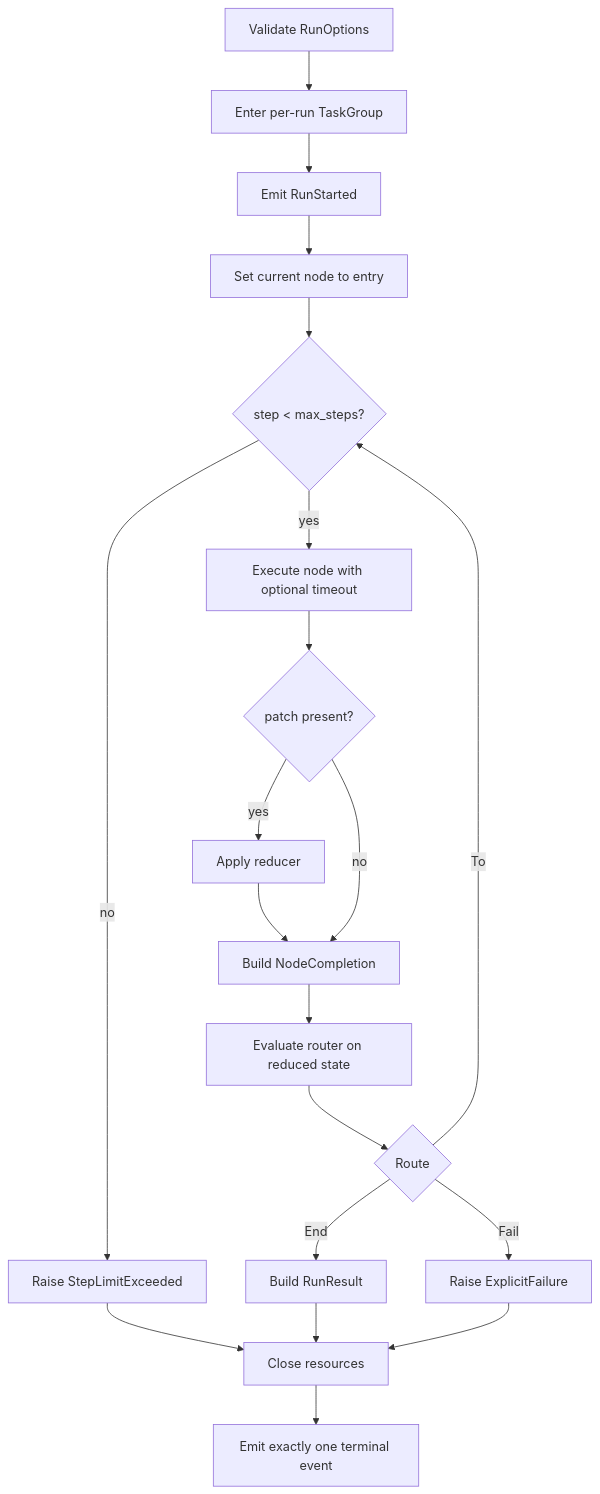
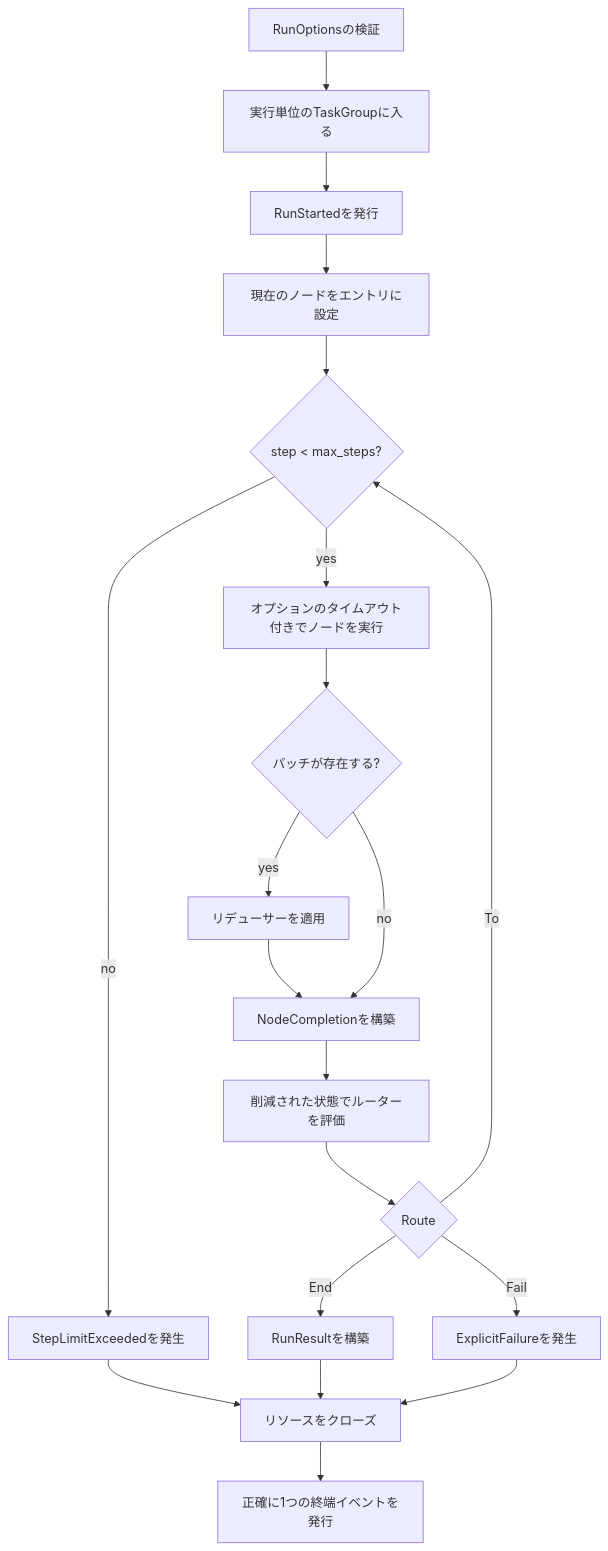
The second of 2 diagrams in mbt/package/moon-agent-graph/docs/implementation-plan.ja.md (totto2727-org/monorepo), drawn with Mermaid before and after one commit. The commit also changed other lines of this file and 11 other files, not shown here.

Commit message:
docs(moon-agent-graph): finalize runtime guide

````diff
--- a/mbt/package/moon-agent-graph/docs/implementation-plan.ja.md
+++ b/mbt/package/moon-agent-graph/docs/implementation-plan.ja.md
@@ -233,22 +242,22 @@
 ```mermaid
 flowchart TD
-  Start["Validate RunOptions"] --> Group["Enter per-run TaskGroup"]
-  Group --> EmitStart["Emit RunStarted"]
-  EmitStart --> Load["Set current node to entry"]
+  Start["RunOptionsの検証"] --> Group["実行単位のTaskGroupに入る"]
+  Group --> EmitStart["RunStartedを発行"]
+  EmitStart --> Load["現在のノードをエントリに設定"]
   Load --> Limit{"step < max_steps?"}
-  Limit -->|"no"| StepError["Raise StepLimitExceeded"]
-  Limit -->|"yes"| Execute["Execute node with optional timeout"]
-  Execute --> Patch{"patch present?"}
-  Patch -->|"yes"| Reduce["Apply reducer"]
-  Patch -->|"no"| Complete["Build NodeCompletion"]
+  Limit -->|"no"| StepError["StepLimitExceededを発生"]
+  Limit -->|"yes"| Execute["オプションのタイムアウト付きでノードを実行"]
+  Execute --> Patch{"パッチが存在する?"}
+  Patch -->|"yes"| Reduce["リデューサーを適用"]
+  Patch -->|"no"| Complete["NodeCompletionを構築"]
   Reduce --> Complete
-  Complete --> Route["Evaluate router on reduced state"]
+  Complete --> Route["削減された状態でルーターを評価"]
   Route --> Next{"Route"}
   Next -->|"To"| Limit
-  Next -->|"End"| Success["Build RunResult"]
-  Next -->|"Fail"| RouteError["Raise ExplicitFailure"]
-  Success --> Cleanup["Close resources"]
+  Next -->|"End"| Success["RunResultを構築"]
+  Next -->|"Fail"| RouteError["ExplicitFailureを発生"]
+  Success --> Cleanup["リソースをクローズ"]
   StepError --> Cleanup
   RouteError --> Cleanup
-  Cleanup --> Terminal["Emit exactly one terminal event"]
+  Cleanup --> Terminal["正確に1つの終端イベントを発行"]
 ```
````
